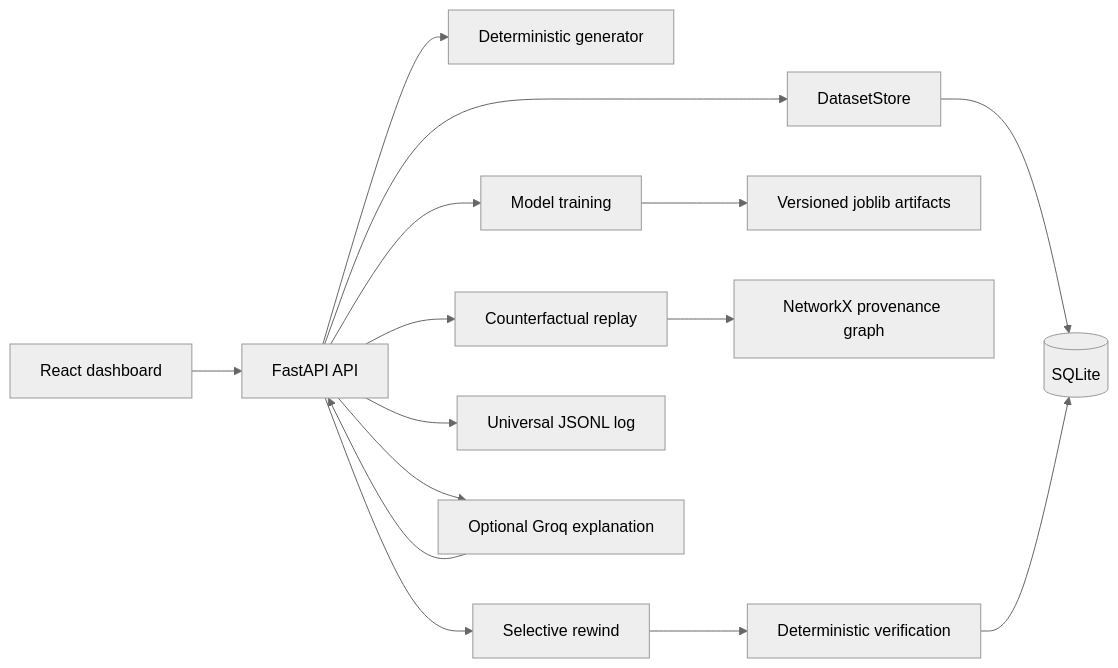
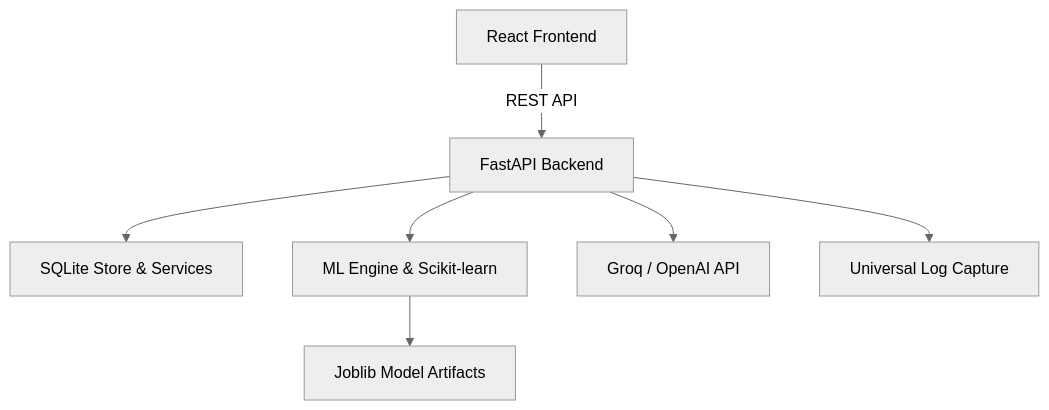
One commit to Raghavendrabhatbs/Decision_Rewind changed the diagram in README.md. Above: the diagram before and after it, drawn with Mermaid (neutral theme). The commit also changed other lines of this file, not shown here.

````diff
--- a/README.md
+++ b/README.md
@@ -112,17 +93,9 @@
 ```mermaid
-flowchart LR
-    UI[React dashboard] --> API[FastAPI API]
-    API --> DS[DatasetStore]
-    DS --> DB[(SQLite)]
-    API --> GEN[Deterministic generator]
-    API --> TRAIN[Model training]
-    TRAIN --> ART[Versioned joblib artifacts]
-    API --> REPLAY[Counterfactual replay]
-    REPLAY --> GRAPH[NetworkX provenance graph]
-    API --> REC[Selective rewind]
-    REC --> VERIFY[Deterministic verification]
-    VERIFY --> DB
-    API --> LOG[Universal JSONL log]
-    API --> LLM[Optional Groq explanation]
-    LLM --> API
+flowchart TD
+    Client[React Frontend] -->|REST API| API[FastAPI Backend]
+    API --> Store[SQLite Store & Services]
+    API --> ML[ML Engine & Scikit-learn]
+    ML --> Artifacts[Joblib Model Artifacts]
+    API --> LLM[Groq / OpenAI API]
+    API --> Logger[Universal Log Capture]
 ```
````
